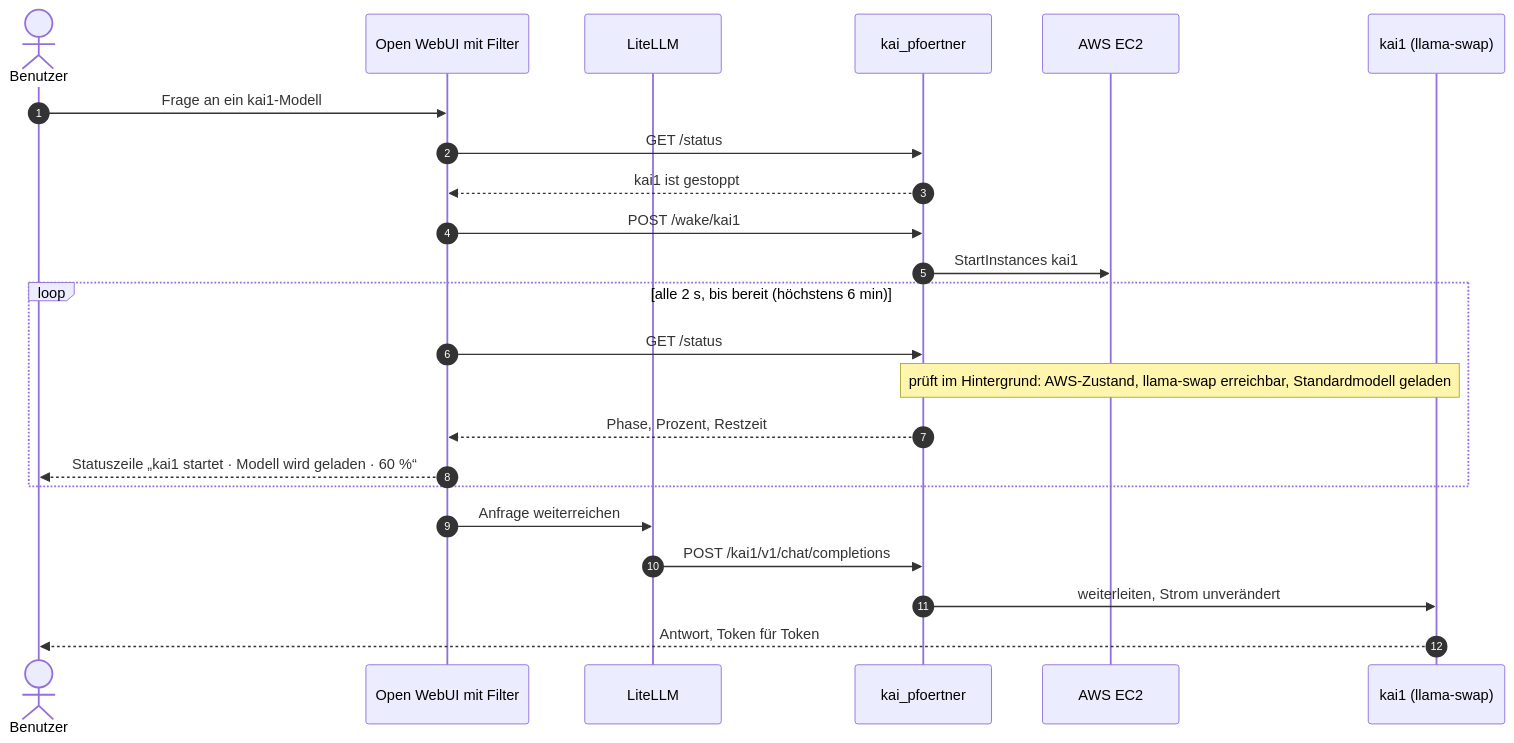
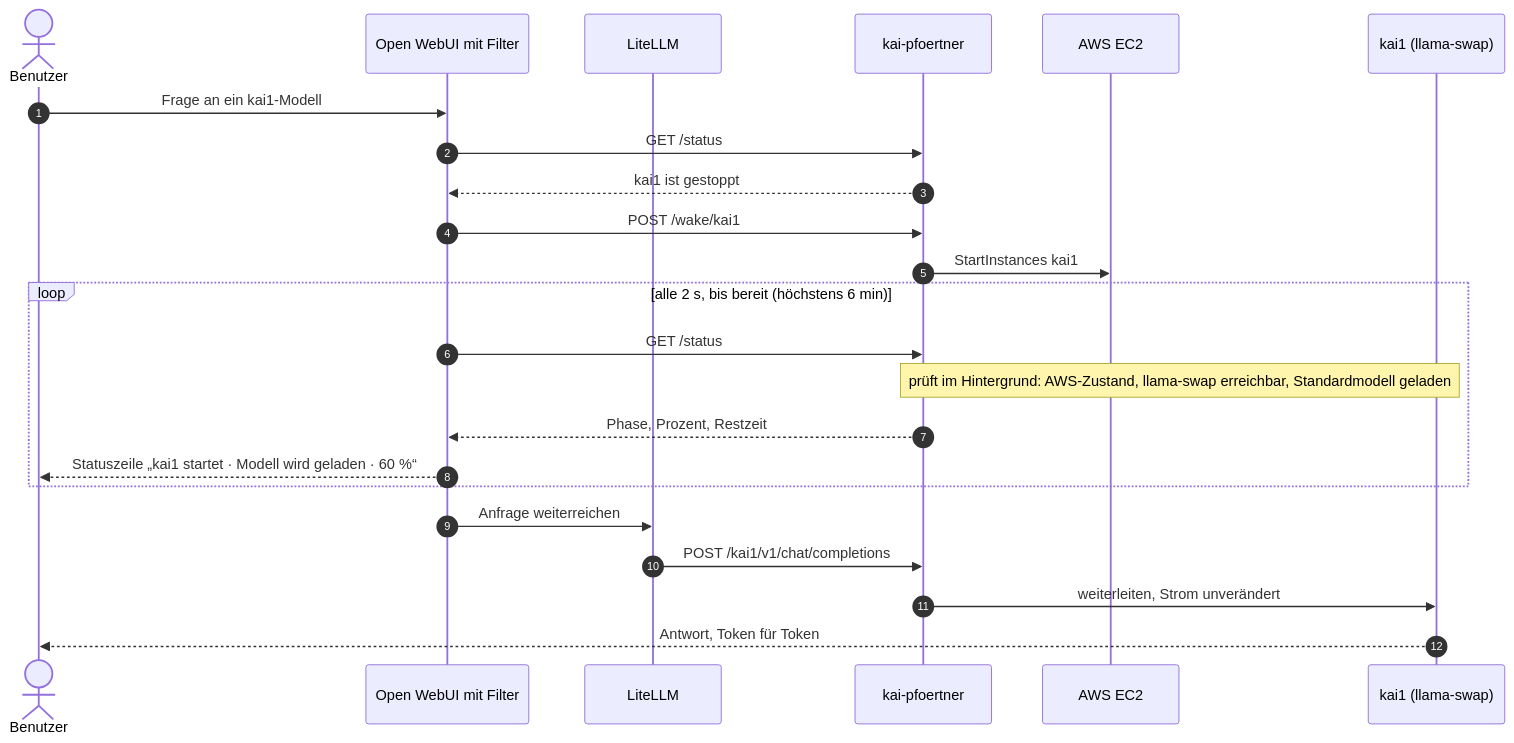
Before and after one commit to anobar/unserkai: the third of 5 diagrams in kai/docs/05_vorschlag-auto-stop.md, drawn with Mermaid. The commit also changed other lines of this file and 6 other files, not shown here.

Commit message:
kai/docs: 05: kai-pfoertner überall, Unterstrich nur in Rolle und Variablen

````diff
--- a/kai/docs/05_vorschlag-auto-stop.md
+++ b/kai/docs/05_vorschlag-auto-stop.md
@@ -121,25 +121,25 @@
 ```mermaid
 sequenceDiagram
   autonumber
   actor N as Benutzer
   participant F as Open WebUI mit Filter
   participant L as LiteLLM
-  participant G as kai_pfoertner
+  participant G as kai-pfoertner
   participant A as AWS EC2
   participant K as kai1 (llama-swap)
   N->>F: Frage an ein kai1-Modell
   F->>G: GET /status
   G-->>F: kai1 ist gestoppt
   F->>G: POST /wake/kai1
   G->>A: StartInstances kai1
   loop alle 2 s, bis bereit (höchstens 6 min)
     F->>G: GET /status
     Note over G,K: prüft im Hintergrund: AWS-Zustand, llama-swap erreichbar, Standardmodell geladen
     G-->>F: Phase, Prozent, Restzeit
     F-->>N: Statuszeile „kai1 startet · Modell wird geladen · 60 %“
   end
   F->>L: Anfrage weiterreichen
   L->>G: POST /kai1/v1/chat/completions
   G->>K: weiterleiten, Strom unverändert
   K-->>N: Antwort, Token für Token
 ```
````
